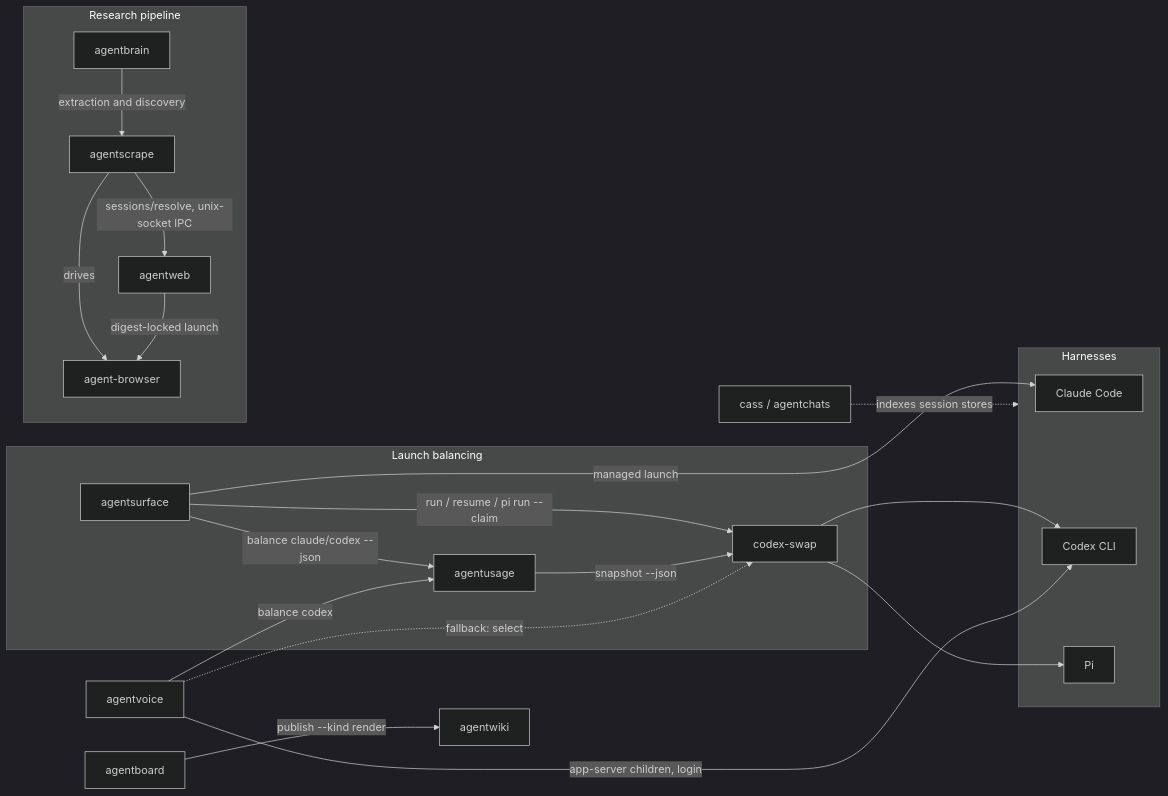
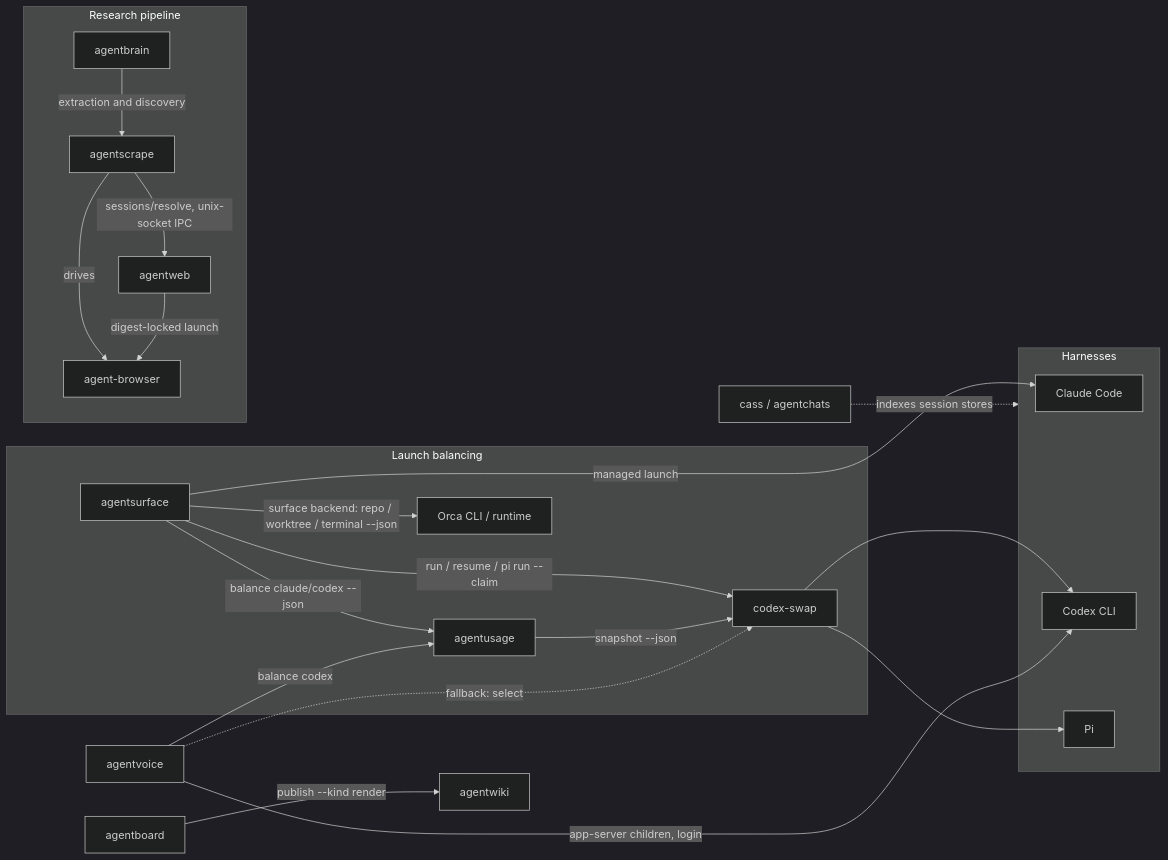
Before and after one commit to possibilities/agentdots: the first of 3 diagrams in skills/fleet/MAP.md, drawn with Mermaid (dark theme). The commit also changed other lines of this file, not shown here.

Commit message:
Map the agentsurface Orca backend

````diff
--- a/skills/fleet/MAP.md
+++ b/skills/fleet/MAP.md
@@ -17,42 +17,44 @@
 ```mermaid
 flowchart LR
     subgraph harnesses [Harnesses]
         claude[Claude Code]
         codex[Codex CLI]
         pi[Pi]
     end
 
     subgraph balancing [Launch balancing]
         surface[agentsurface]
         usage[agentusage]
         swap[codex-swap]
+        orca[Orca CLI / runtime]
     end
 
     subgraph research [Research pipeline]
         brain[agentbrain]
         scrape[agentscrape]
         web[agentweb]
         browser[agent-browser]
     end
 
     voice[agentvoice]
     board[agentboard]
     wiki[agentwiki]
     chats[cass / agentchats]
 
     surface -->|balance claude/codex --json| usage
     surface -->|run / resume / pi run --claim| swap
     surface -->|managed launch| claude
+    surface -->|surface backend: repo / worktree / terminal --json| orca
     swap --> codex
     swap --> pi
     usage -->|snapshot --json| swap
     voice -->|app-server children, login| codex
     voice -->|balance codex| usage
     voice -.->|fallback: select| swap
     brain -->|extraction and discovery| scrape
     scrape -->|drives| browser
     scrape -->|sessions/resolve, unix-socket IPC| web
     web -->|digest-locked launch| browser
     board -->|publish --kind render| wiki
     chats -.->|indexes session stores| harnesses
 ```
````
